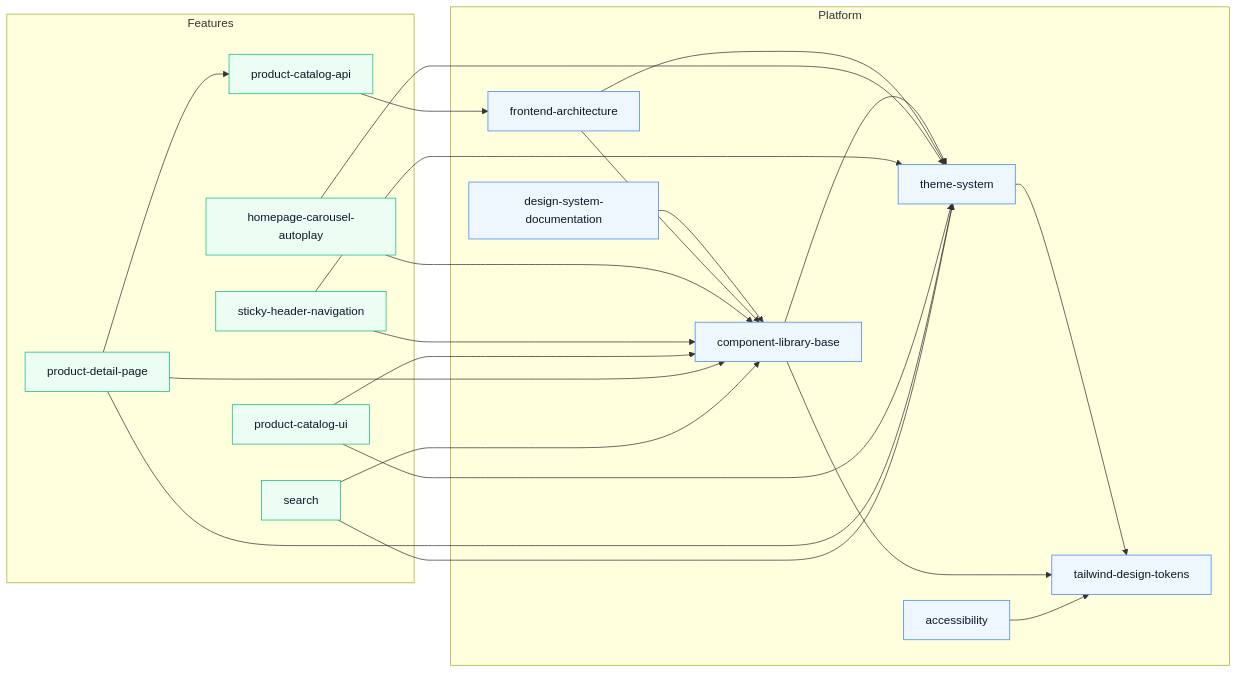
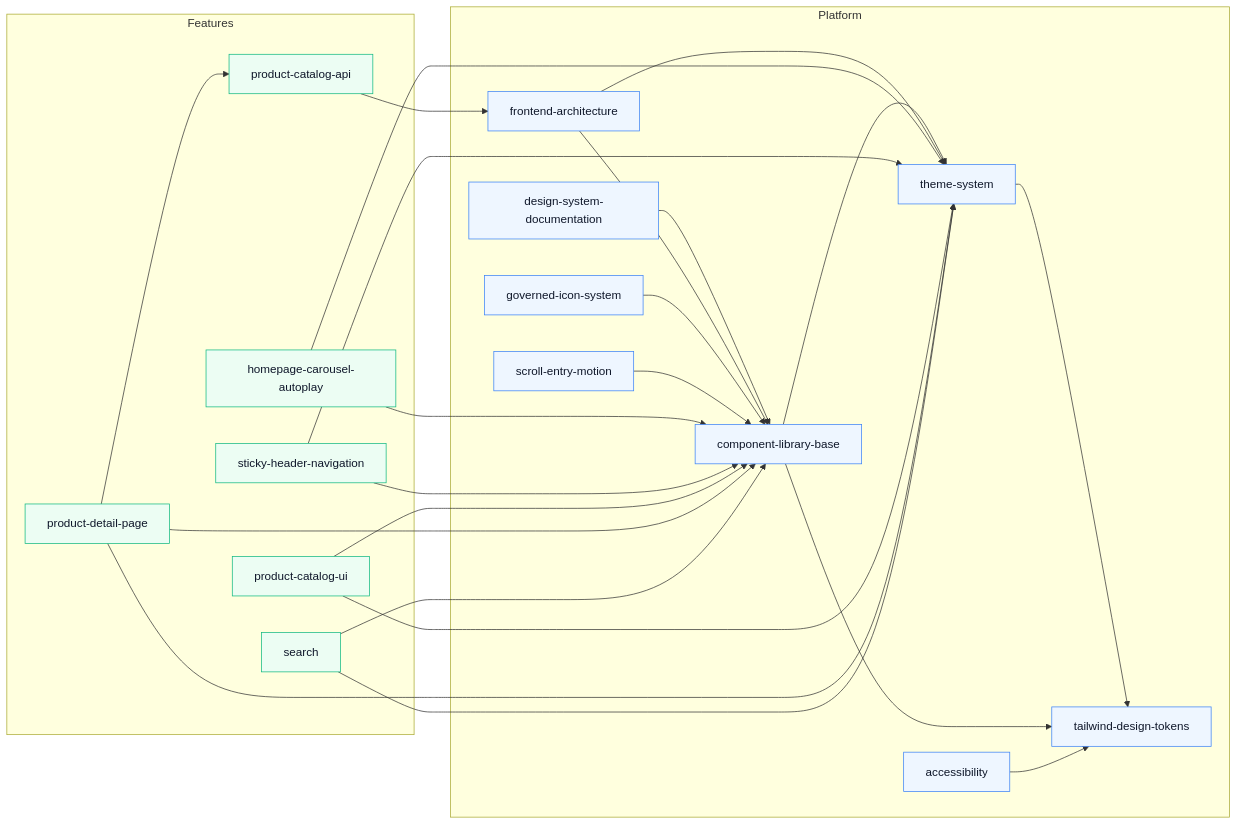
Before and after one commit to AlexisFereira/Mandoquita: the diagram in openspec/architecture.md, drawn with Mermaid. The commit also changed other lines of this file and 109 other files, not shown here.

````diff
--- a/openspec/architecture.md
+++ b/openspec/architecture.md
@@ -157,47 +157,51 @@
 ```mermaid
 graph LR
   subgraph Platform
     Tokens[tailwind-design-tokens]
     Theme[theme-system]
     Library[component-library-base]
     Docs[design-system-documentation]
     A11y[accessibility]
     Frontend[frontend-architecture]
+    Icons[governed-icon-system]
+    Motion[scroll-entry-motion]
   end
 
   subgraph Features
     Home[homepage-carousel-autoplay]
     Nav[sticky-header-navigation]
     CatalogUI[product-catalog-ui]
     CatalogAPI[product-catalog-api]
     Detail[product-detail-page]
     Search[search]
   end
 
   Theme --> Tokens
   Library --> Tokens
   Library --> Theme
   Docs --> Library
   A11y --> Tokens
   Frontend --> Theme
   Frontend --> Library
+  Icons --> Library
+  Motion --> Library
 
   Home --> Library
   Home --> Theme
   Nav --> Library
   Nav --> Theme
   CatalogUI --> Library
   CatalogUI --> Theme
   CatalogAPI --> Frontend
   Detail --> CatalogAPI
   Detail --> Library
   Detail --> Theme
   Search --> Library
   Search --> Theme
 
   classDef platform fill:#eef6ff,stroke:#3b82f6,color:#0f172a;
   classDef feature fill:#ecfdf3,stroke:#10b981,color:#0f172a;
 
-  class Tokens,Theme,Library,Docs,A11y,Frontend platform;
+  class Tokens,Theme,Library,Docs,A11y,Frontend,Icons,Motion platform;
   class Home,Nav,CatalogUI,CatalogAPI,Detail,Search feature;
 ```
````
